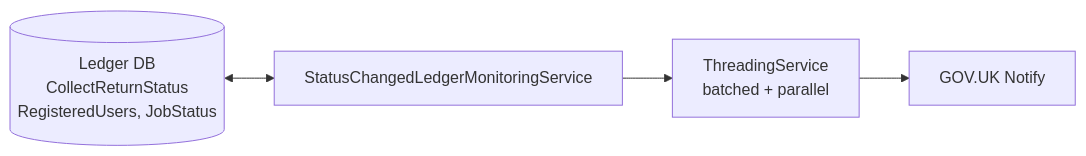
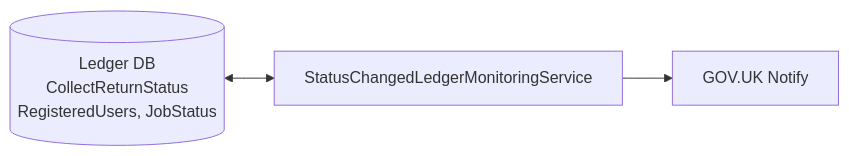
One commit to DFE-Digital/SchoolAccount-CollectNotifications changed the diagram in README.md. Above: the diagram before and after it, drawn with Mermaid. The commit also changed other lines of this file, not shown here.

````diff
--- a/README.md
+++ b/README.md
@@ -21,6 +21,5 @@
 ```mermaid
 flowchart LR
     C[(Ledger DB<br/>CollectReturnStatus<br/>RegisteredUsers, JobStatus)] <--> D[StatusChangedLedgerMonitoringService]
-    D --> E[ThreadingService<br/>batched + parallel]
-    E --> F[GOV.UK Notify]
+    D --> F[GOV.UK Notify]
 ```
````
